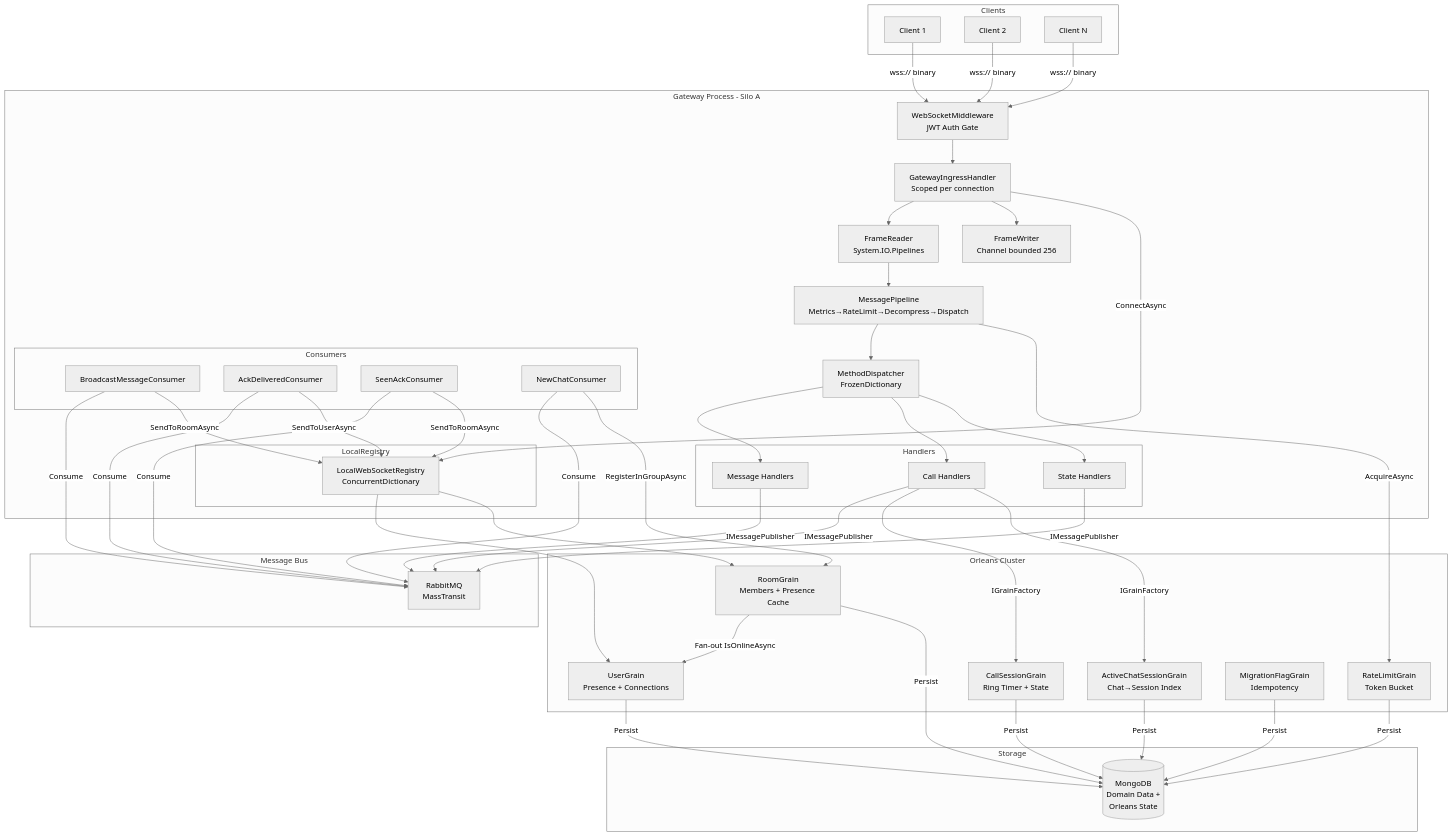
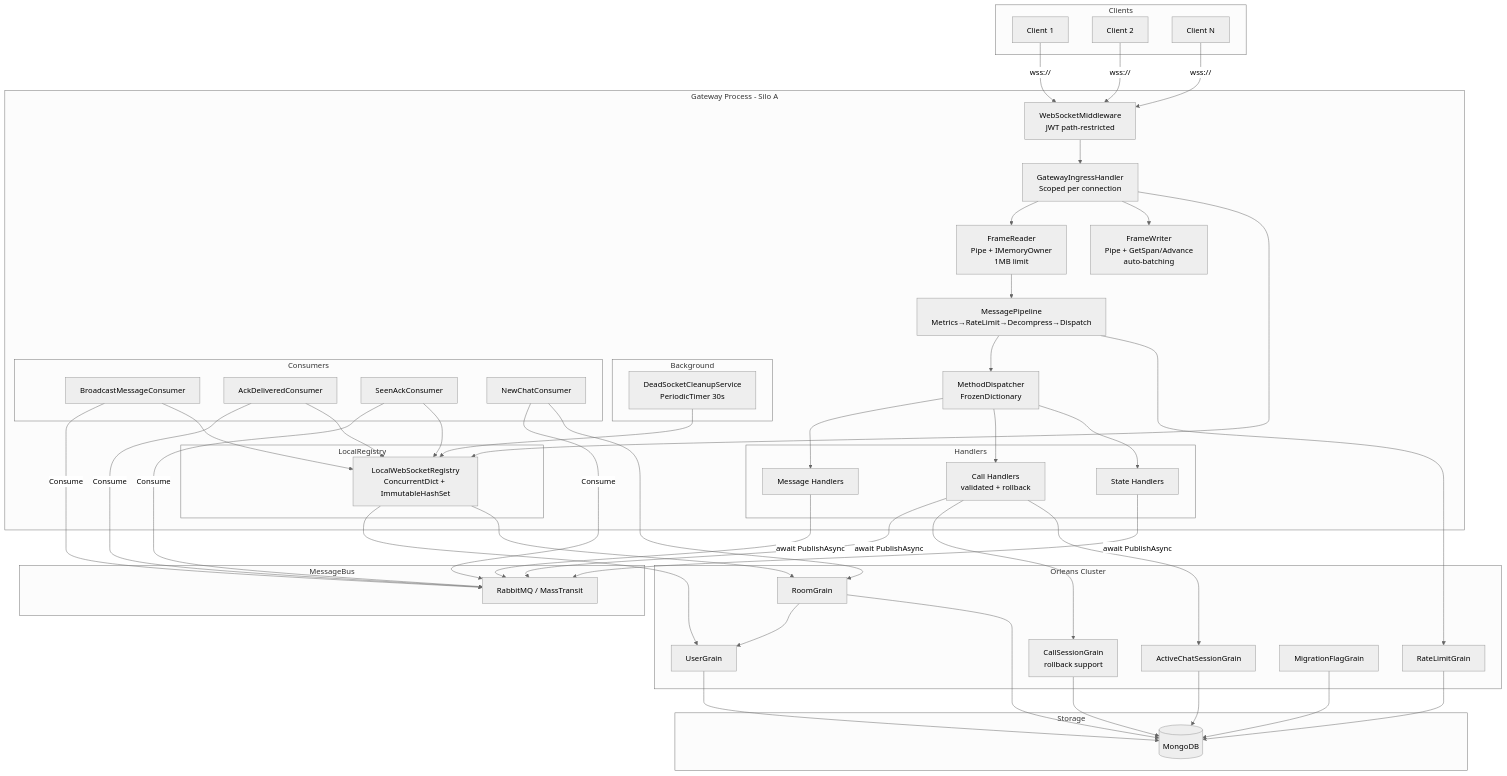
One commit to abanoubsamer/ChatSystem changed the first of 3 diagrams in docs/Gateway/README.md. Above: the diagram before and after it, drawn with Mermaid (neutral theme). The commit also changed other lines of this file, not shown here.

````diff
--- a/docs/Gateway/README.md
+++ b/docs/Gateway/README.md
@@ -579,72 +542,76 @@
 ```mermaid
 graph TB
     subgraph Clients
         C1[Client 1]
         C2[Client 2]
         CN[Client N]
     end
 
     subgraph Gateway Process - Silo A
-        WM[WebSocketMiddleware<br/>JWT Auth Gate]
+        WM[WebSocketMiddleware<br/>JWT path-restricted]
         GIH[GatewayIngressHandler<br/>Scoped per connection]
-        FR[FrameReader<br/>System.IO.Pipelines]
-        FW[FrameWriter<br/>Channel bounded 256]
+        FR[FrameReader<br/>Pipe + IMemoryOwner<br/>1MB limit]
+        FW[FrameWriter<br/>Pipe + GetSpan/Advance<br/>auto-batching]
         MP[MessagePipeline<br/>Metrics→RateLimit→Decompress→Dispatch]
         MD[MethodDispatcher<br/>FrozenDictionary]
 
         subgraph Handlers
             MH[Message Handlers]
-            CH[Call Handlers]
+            CH[Call Handlers<br/>validated + rollback]
             SH[State Handlers]
         end
 
         subgraph LocalRegistry
-            WSR[LocalWebSocketRegistry<br/>ConcurrentDictionary]
+            WSR[LocalWebSocketRegistry<br/>ConcurrentDict + ImmutableHashSet]
+        end
+
+        subgraph Background
+            DS[DeadSocketCleanupService<br/>PeriodicTimer 30s]
         end
 
         subgraph Consumers
             BMC[BroadcastMessageConsumer]
             ADC[AckDeliveredConsumer]
             SAC[SeenAckConsumer]
             NCC[NewChatConsumer]
         end
     end
 
     subgraph Orleans Cluster
-        UG[UserGrain<br/>Presence + Connections]
-        RG[RoomGrain<br/>Members + Presence Cache]
-        RL[RateLimitGrain<br/>Token Bucket]
-        CSG[CallSessionGrain<br/>Ring Timer + State]
-        ACS[ActiveChatSessionGrain<br/>Chat→Session Index]
-        MF[MigrationFlagGrain<br/>Idempotency]
+        UG[UserGrain]
+        RG[RoomGrain]
+        RL[RateLimitGrain]
+        CSG[CallSessionGrain<br/>rollback support]
+        ACS[ActiveChatSessionGrain]
+        MF[MigrationFlagGrain]
     end
 
     subgraph Storage
-        MDB[(MongoDB<br/>Domain Data +<br/>Orleans State)]
+        MDB[(MongoDB)]
     end
 
-    subgraph Message Bus
-        RMQ[RabbitMQ<br/>MassTransit]
+    subgraph MessageBus
+        RMQ[RabbitMQ / MassTransit]
     end
 
-    C1 & C2 & CN -->|wss:// binary| WM
+    C1 & C2 & CN -->|wss://| WM
     WM --> GIH
     GIH --> FR & FW
     FR --> MP
     MP --> MD
     MD --> MH & CH & SH
-    MH & CH & SH -->|IMessagePublisher| RMQ
-    GIH -->|ConnectAsync| WSR
+    MH & CH & SH -->|await PublishAsync| RMQ
+    GIH --> WSR
     WSR --> UG & RG
+    DS --> WSR
 
     BMC & ADC & SAC & NCC -->|Consume| RMQ
-    BMC -->|SendToRoomAsync| WSR
-    ADC -->|SendToUserAsync| WSR
-    SAC -->|SendToRoomAsync| WSR
-    NCC -->|RegisterInGroupAsync| RG
+    BMC & SAC --> WSR
+    ADC --> WSR
+    NCC --> RG
 
-    MP -->|AcquireAsync| RL
-    CH -->|IGrainFactory| CSG & ACS
-    RG -->|Fan-out IsOnlineAsync| UG
-    UG & RG & RL & CSG & ACS & MF -->|Persist| MDB
+    MP --> RL
+    CH --> CSG & ACS
+    RG --> UG
+    UG & RG & RL & CSG & ACS & MF --> MDB
 ```
````
